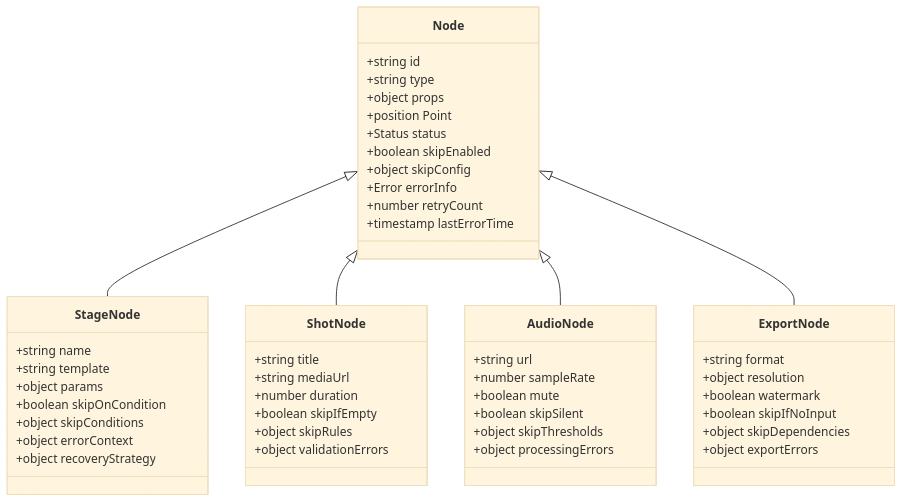
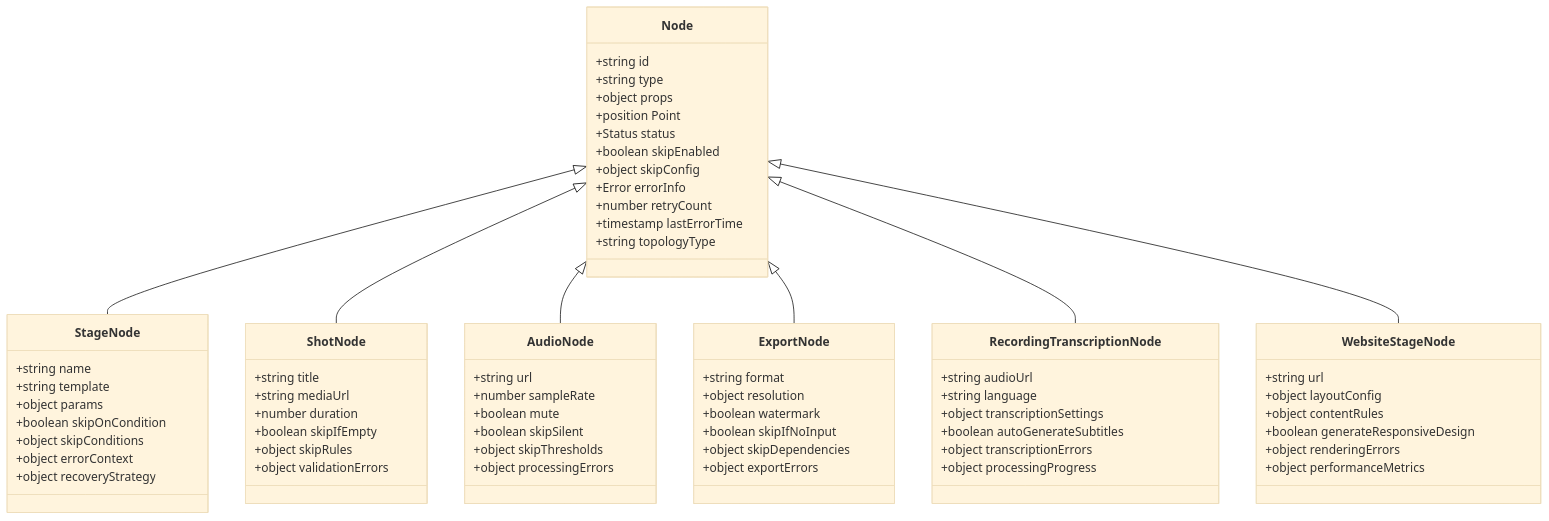
The fourth of 16 diagrams in .qoder/repowiki/zh/content/画布编辑器/画布编辑器.md (scottcwy/PurpleInk), drawn with Mermaid (base theme) before and after one commit. The commit also changed other lines of this file and 29 other files, not shown here.

````diff
--- a/.qoder/repowiki/zh/content/画布编辑器/画布编辑器.md
+++ b/.qoder/repowiki/zh/content/画布编辑器/画布编辑器.md
@@ -294,52 +314,71 @@
 ```mermaid
 classDiagram
 class Node {
 +string id
 +string type
 +object props
 +position Point
 +Status status
 +boolean skipEnabled
 +object skipConfig
 +Error errorInfo
 +number retryCount
 +timestamp lastErrorTime
++string topologyType
 }
 class StageNode {
 +string name
 +string template
 +object params
 +boolean skipOnCondition
 +object skipConditions
 +object errorContext
 +object recoveryStrategy
 }
 class ShotNode {
 +string title
 +string mediaUrl
 +number duration
 +boolean skipIfEmpty
 +object skipRules
 +object validationErrors
 }
 class AudioNode {
 +string url
 +number sampleRate
 +boolean mute
 +boolean skipSilent
 +object skipThresholds
 +object processingErrors
 }
 class ExportNode {
 +string format
 +object resolution
 +boolean watermark
 +boolean skipIfNoInput
 +object skipDependencies
 +object exportErrors
 }
+class RecordingTranscriptionNode {
++string audioUrl
++string language
++object transcriptionSettings
++boolean autoGenerateSubtitles
++object transcriptionErrors
++object processingProgress
+}
+class WebsiteStageNode {
++string url
++object layoutConfig
++object contentRules
++boolean generateResponsiveDesign
++object renderingErrors
++object performanceMetrics
+}
 Node <|-- StageNode
 Node <|-- ShotNode
 Node <|-- AudioNode
 Node <|-- ExportNode
+Node <|-- RecordingTranscriptionNode
+Node <|-- WebsiteStageNode
 ```
````
